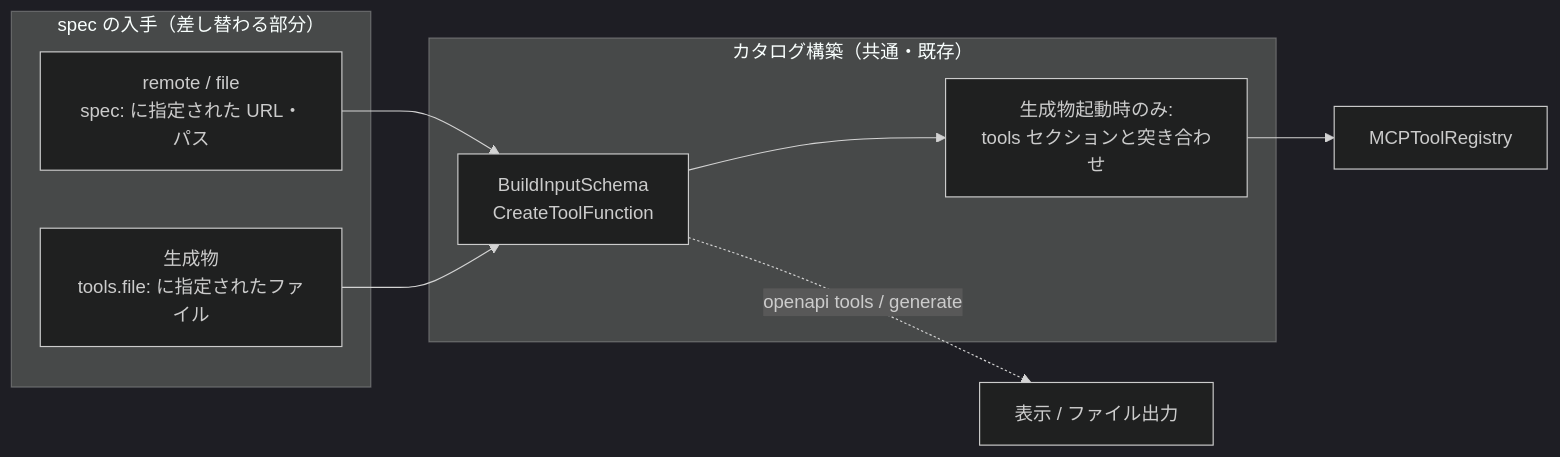
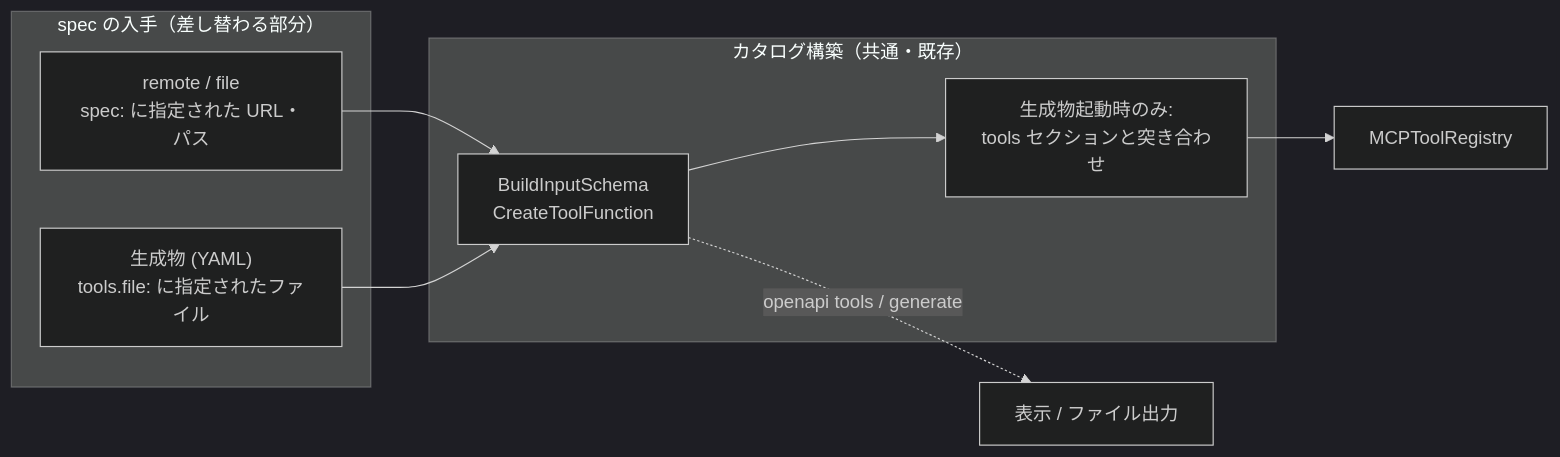
Before and after one commit to nonchan7720/manifold: the diagram in docs/design/openapi-static-catalog.ja.md, drawn with Mermaid (dark theme). The commit also changed other lines of this file, not shown here.

First line of the commit message:
docs(design): 生成物の形式を YAML にする

````diff
--- a/docs/design/openapi-static-catalog.ja.md
+++ b/docs/design/openapi-static-catalog.ja.md
@@ -44,15 +44,15 @@
 ```mermaid
 flowchart LR
     subgraph src["spec の入手（差し替わる部分）"]
         R["remote / file<br/>spec: に指定された URL・パス"]
-        S["生成物<br/>tools.file: に指定されたファイル"]
+        S["生成物 (YAML)<br/>tools.file: に指定されたファイル"]
     end
     subgraph build["カタログ構築（共通・既存）"]
         B["BuildInputSchema<br/>CreateToolFunction"]
         V["生成物起動時のみ:<br/>tools セクションと突き合わせ"]
     end
     R --> B
     S --> B
     B --> V --> REG["MCPToolRegistry"]
     B -. "openapi tools / generate" .-> OUT["表示 / ファイル出力"]
 ```
````
